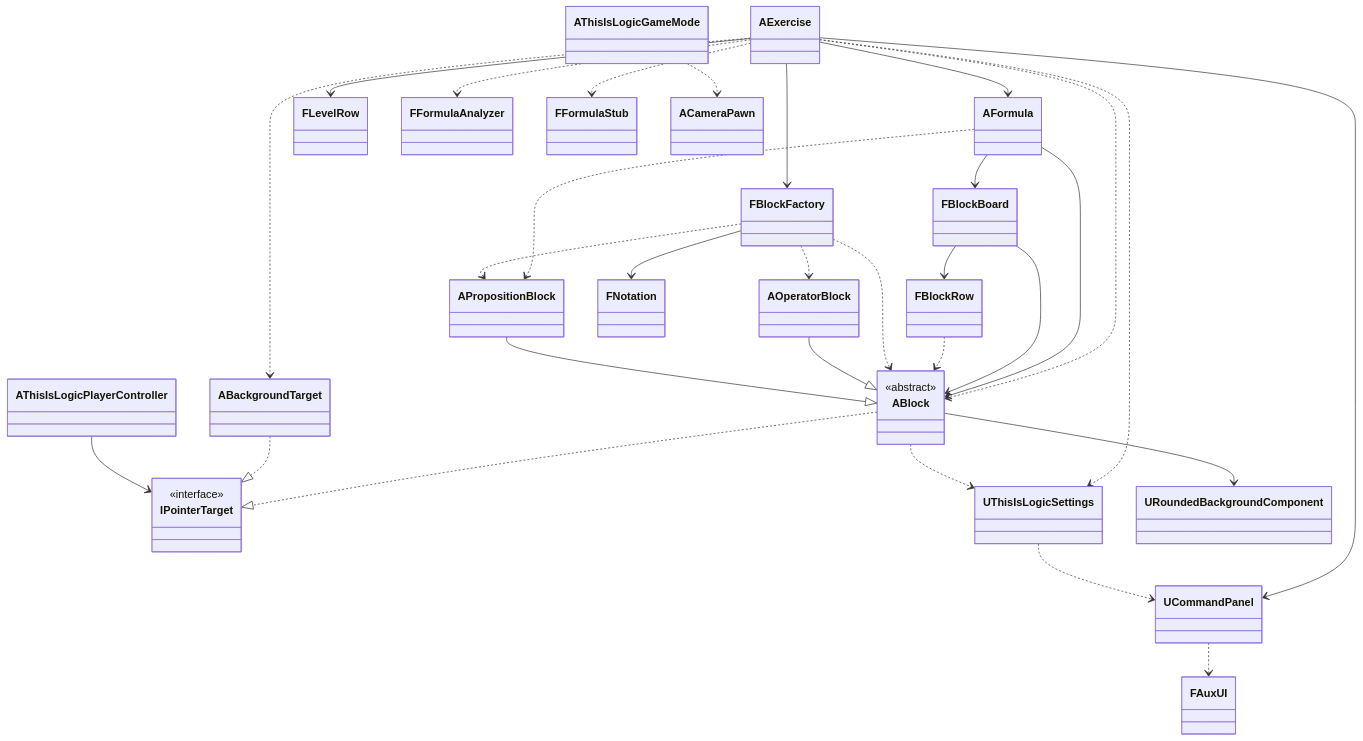
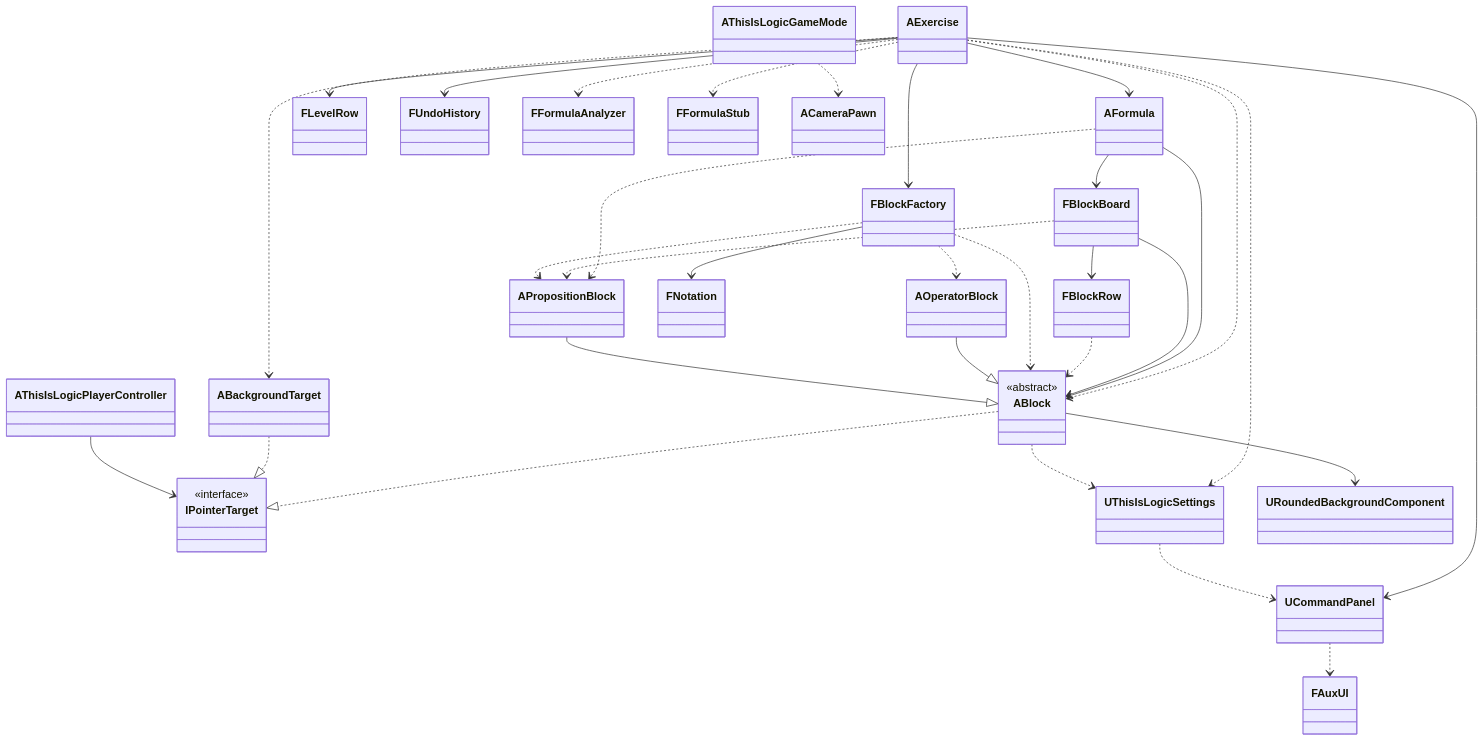
One commit to expn-pi/ThisIsLogic changed the diagram in README.md. Above: the diagram before and after it, drawn with Mermaid. The commit also changed other lines of this file and 19 other files, not shown here.

````diff
--- a/README.md
+++ b/README.md
@@ -77,46 +77,48 @@
 ```mermaid
 classDiagram
     class IPointerTarget {
         <<interface>>
     }
     class ABlock {
         <<abstract>>
     }
 
     AExercise --> AFormula
     AExercise --> UCommandPanel
     AExercise --> FLevelRow
     AExercise --> FBlockFactory
+    AExercise --> FUndoHistory
     AExercise ..> FFormulaAnalyzer
     AExercise ..> FFormulaStub
     AExercise ..> ABlock
     AExercise ..> ABackgroundTarget
     AExercise ..> UThisIsLogicSettings
 
     AFormula --> FBlockBoard
     AFormula --> ABlock
     AFormula ..> APropositionBlock
 
     FBlockBoard --> FBlockRow
     FBlockBoard --> ABlock
+    FBlockBoard ..> APropositionBlock
     FBlockRow ..> ABlock
 
     FBlockFactory --> FNotation
     FBlockFactory ..> ABlock
     FBlockFactory ..> AOperatorBlock
     FBlockFactory ..> APropositionBlock
 
     AOperatorBlock --|> ABlock
     APropositionBlock --|> ABlock
     ABlock ..|> IPointerTarget
     ABlock --> URoundedBackgroundComponent
     ABlock ..> UThisIsLogicSettings
 
     ABackgroundTarget ..|> IPointerTarget
     AThisIsLogicPlayerController --> IPointerTarget
 
     UThisIsLogicSettings ..> UCommandPanel
     UCommandPanel ..> FAuxUI
 
     AThisIsLogicGameMode ..> ACameraPawn
 ```
````
